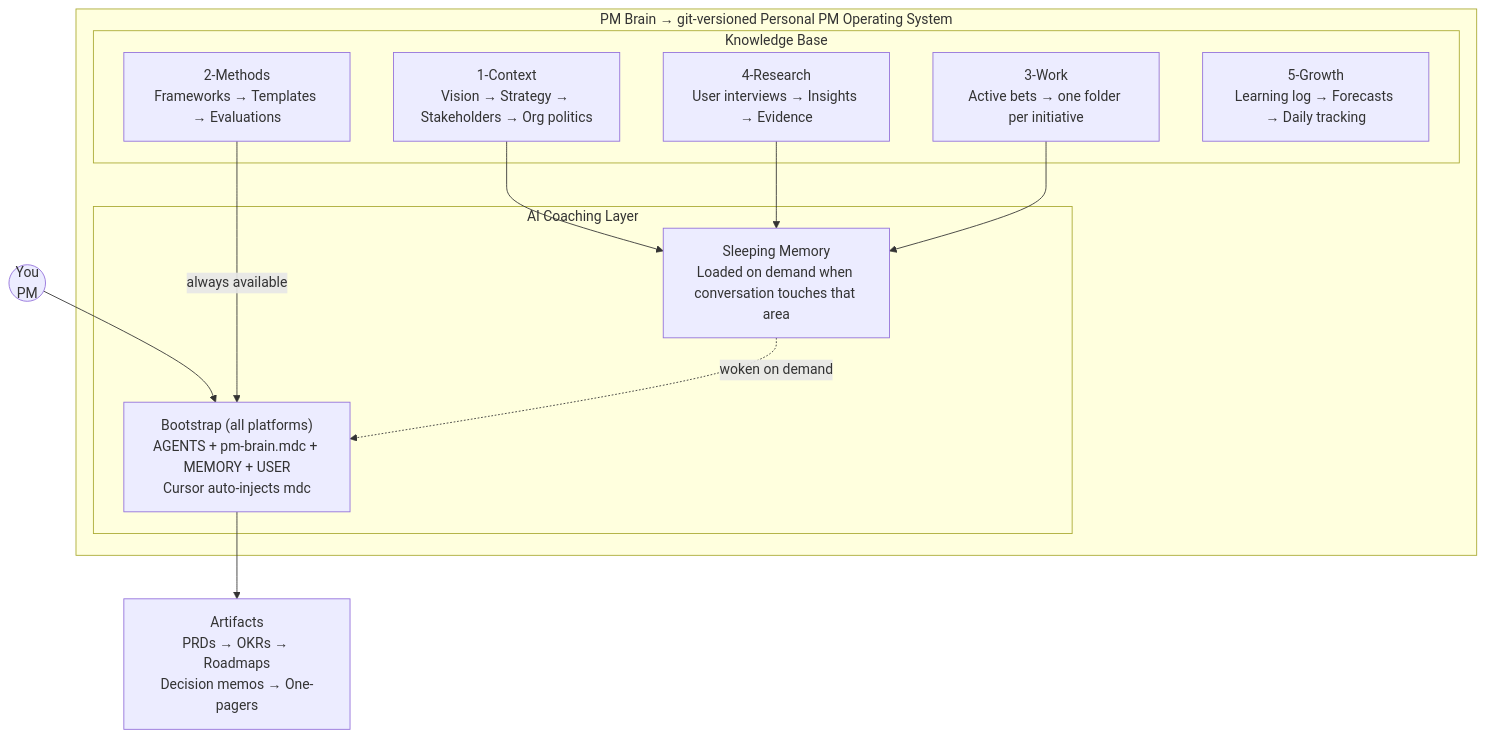
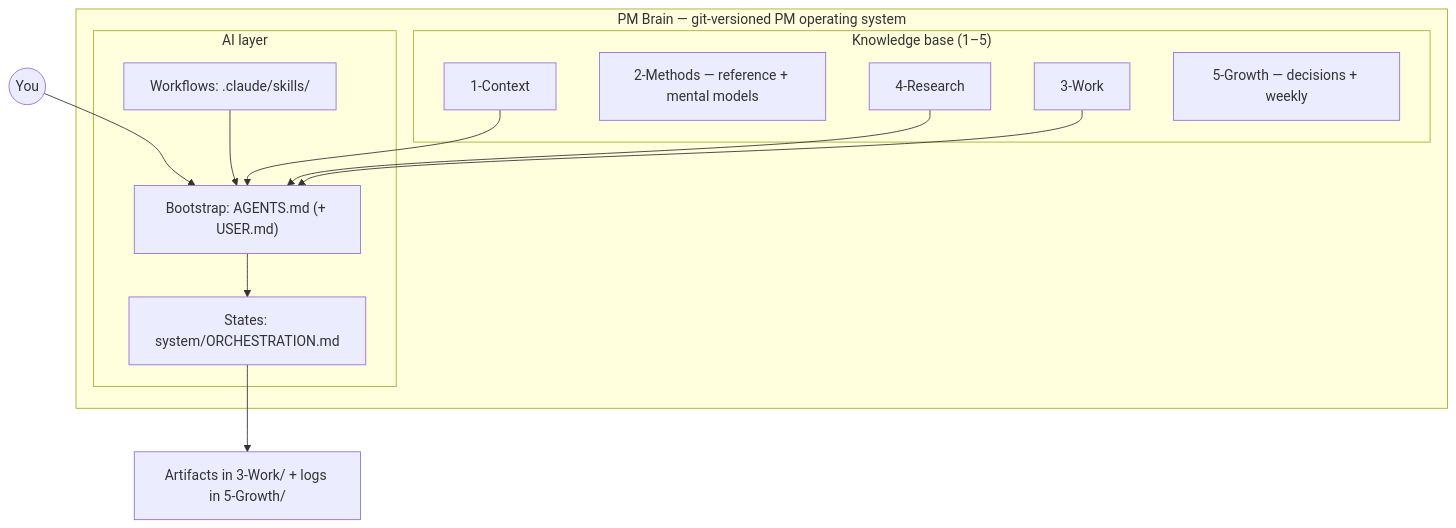
The first of 2 diagrams in docs/architecture.md (andreaskelm/pm-brain), drawn with Mermaid before and after one commit. The commit also changed other lines of this file and 16 other files, not shown here.

First line of the commit message:
Phase 6: refresh README and docs for skills wiring; fix repo-wide markdown links

````diff
--- a/docs/architecture.md
+++ b/docs/architecture.md
@@ -15,24 +13,24 @@
 ```mermaid
 graph TB
-    subgraph repo["PM Brain → git-versioned Personal PM Operating System"]
-        subgraph kb["Knowledge Base"]
-            B["1-Context<br/>Vision → Strategy → Stakeholders → Org politics"]
-            C["2-Methods<br/>Frameworks → Templates → Evaluations"]
-            E["3-Work<br/>Active bets → one folder per initiative"]
-            D["4-Research<br/>User interviews → Insights → Evidence"]
-            A["5-Growth<br/>Learning log → Forecasts → Daily tracking"]
+    subgraph repo["PM Brain — git-versioned PM operating system"]
+        subgraph kb["Knowledge base (1–5)"]
+            B["1-Context"]
+            C["2-Methods — reference + mental models"]
+            E["3-Work"]
+            D["4-Research"]
+            A["5-Growth — decisions + weekly"]
         end
-        subgraph ai["AI Coaching Layer"]
-            BOOT["Bootstrap (all platforms)<br/>AGENTS + pm-brain.mdc + MEMORY + USER<br/>Cursor auto-injects mdc"]
-            MEM["Sleeping Memory<br/>Loaded on demand when conversation touches that area"]
+        subgraph ai["AI layer"]
+            BOOT["Bootstrap: AGENTS.md (+ USER.md)"]
+            SK["Workflows: .claude/skills/"]
+            ORCH["States: system/ORCHESTRATION.md"]
         end
     end
-
-    PM(("You<br/>PM")) --> BOOT
-    C -->|"always available"| BOOT
-    B --> MEM
-    D --> MEM
-    E --> MEM
-    MEM -.->|"woken on demand"| BOOT
-    BOOT --> OUT["Artifacts<br/>PRDs → OKRs → Roadmaps<br/>Decision memos → One-pagers"]
+    PM(("You")) --> BOOT
+    SK --> BOOT
+    B --> BOOT
+    D --> BOOT
+    E --> BOOT
+    BOOT --> ORCH
+    ORCH --> OUT["Artifacts in 3-Work/ + logs in 5-Growth/"]
 ```
````
